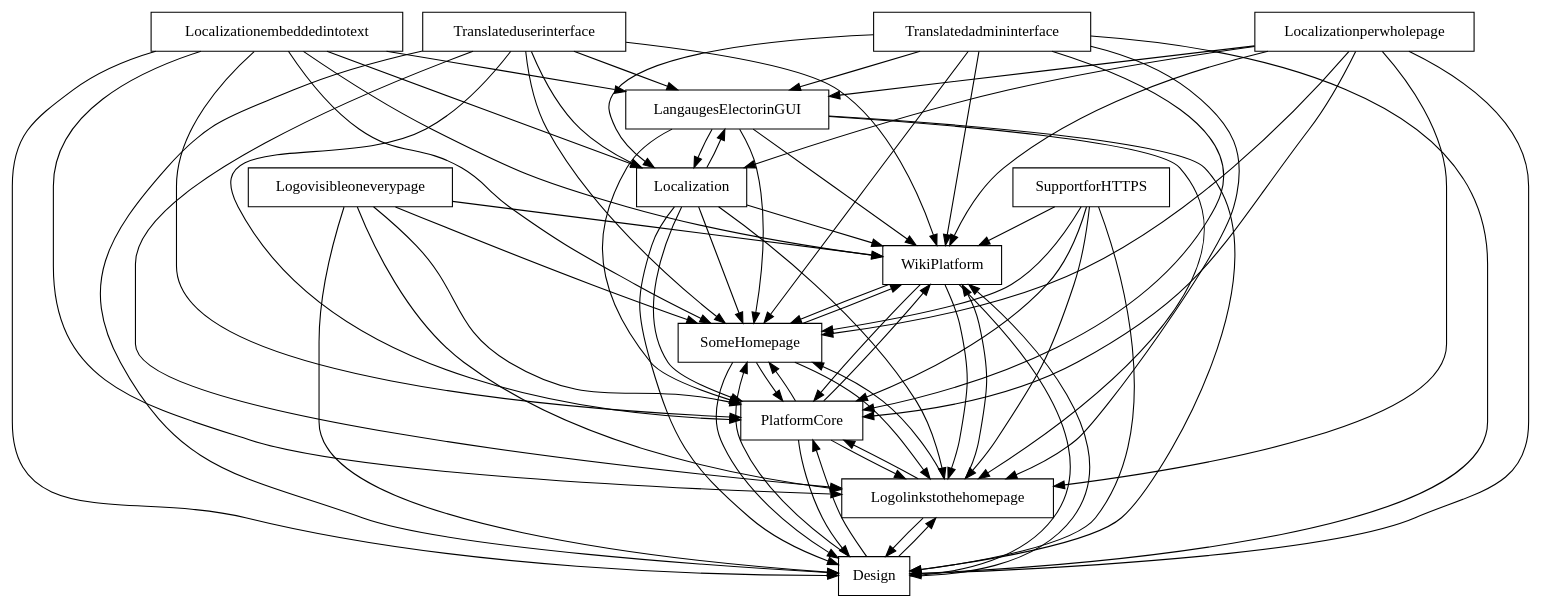
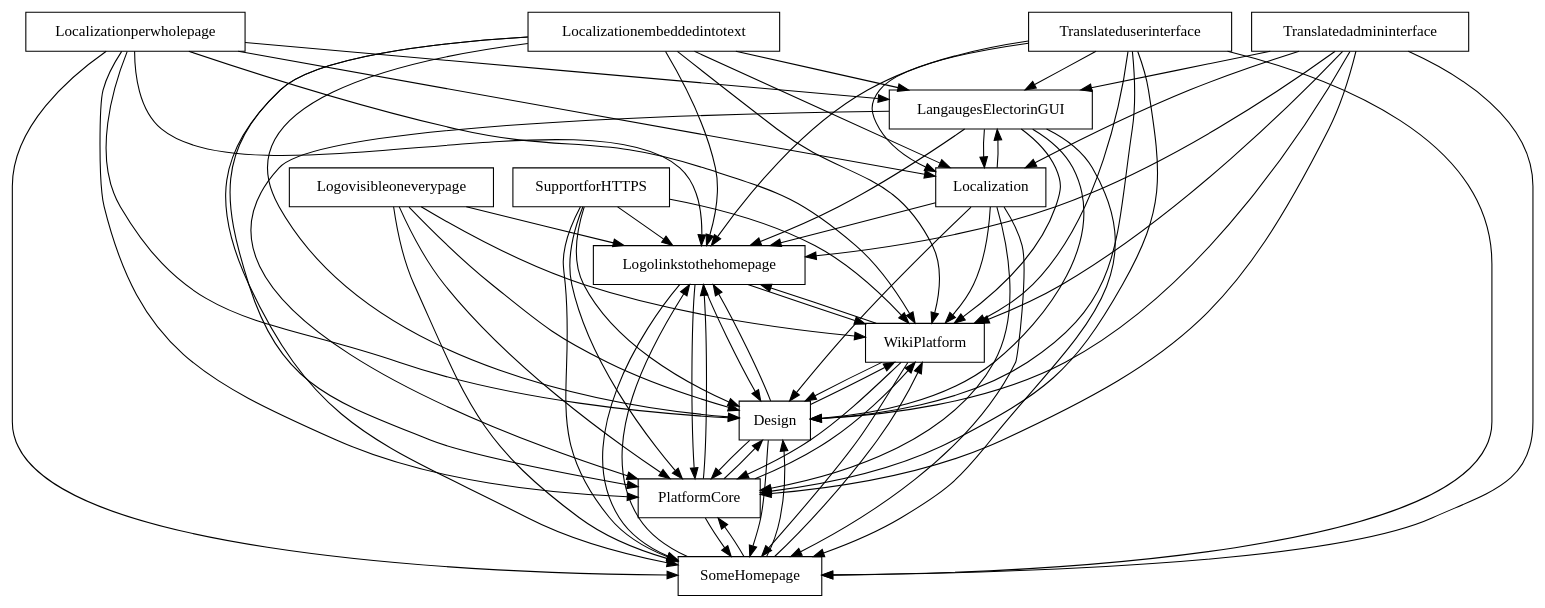
One commit to FAMILIAR-project/familiar-language changed the diagram in FAMILIAR/output/SPLOT-big/fm_169_model_20120528_1294065815.xml.dot. Above: the diagram before and after it, drawn with Graphviz. The commit also changed 36 other files, not shown here.

```diff
--- a/FAMILIAR/output/SPLOT-big/fm_169_model_20120528_1294065815.xml.dot
+++ b/FAMILIAR/output/SPLOT-big/fm_169_model_20120528_1294065815.xml.dot
@@ -1,88 +1,88 @@
 digraph{
 graph [rankdir=TB];
 node [shape=box];
 edge [arrowhead=normal];
 0[label="Logovisibleoneverypage",]
 1[label="LangaugesElectorinGUI",]
-2[label="Translateduserinterface",]
-3[label="WikiPlatform",]
-4[label="Localization",]
-5[label="SomeHomepage",]
-6[label="Localizationembeddedintotext",]
-7[label="Design",]
-8[label="Localizationperwholepage",]
-9[label="Logolinkstothehomepage",]
-10[label="SupportforHTTPS",]
-11[label="PlatformCore",]
-12[label="Translatedadmininterface",]
-0->3[label="",]
+2[label="Localizationperwholepage",]
+3[label="Translateduserinterface",]
+4[label="SupportforHTTPS",]
+5[label="Logolinkstothehomepage",]
+6[label="WikiPlatform",]
+7[label="Localization",]
+8[label="SomeHomepage",]
+9[label="PlatformCore",]
+10[label="Translatedadmininterface",]
+11[label="Localizationembeddedintotext",]
+12[label="Design",]
 0->5[label="",]
-0->7[label="",]
+0->6[label="",]
+0->8[label="",]
 0->9[label="",]
-0->11[label="",]
-1->3[label="",]
-1->4[label="",]
+0->12[label="",]
 1->5[label="",]
+1->6[label="",]
 1->7[label="",]
+1->8[label="",]
 1->9[label="",]
-1->11[label="",]
+1->12[label="",]
 2->1[label="",]
-2->3[label="",]
-2->4[label="",]
 2->5[label="",]
+2->6[label="",]
 2->7[label="",]
+2->8[label="",]
 2->9[label="",]
-2->11[label="",]
+2->12[label="",]
+3->1[label="",]
 3->5[label="",]
+3->6[label="",]
 3->7[label="",]
+3->8[label="",]
 3->9[label="",]
-3->11[label="",]
-4->1[label="",]
-4->3[label="",]
+3->12[label="",]
 4->5[label="",]
-4->7[label="",]
+4->6[label="",]
+4->8[label="",]
 4->9[label="",]
-4->11[label="",]
-5->3[label="",]
-5->7[label="",]
+4->12[label="",]
+5->6[label="",]
+5->8[label="",]
 5->9[label="",]
-5->11[label="",]
-6->1[label="",]
-6->3[label="",]
-6->4[label="",]
+5->12[label="",]
 6->5[label="",]
-6->7[label="",]
+6->8[label="",]
 6->9[label="",]
-6->11[label="",]
-7->3[label="",]
+6->12[label="",]
+7->1[label="",]
 7->5[label="",]
+7->6[label="",]
+7->8[label="",]
 7->9[label="",]
-7->11[label="",]
-8->1[label="",]
-8->3[label="",]
-8->4[label="",]
+7->12[label="",]
 8->5[label="",]
-8->7[label="",]
+8->6[label="",]
 8->9[label="",]
-8->11[label="",]
-9->3[label="",]
+8->12[label="",]
 9->5[label="",]
-9->7[label="",]
-9->11[label="",]
-10->3[label="",]
+9->6[label="",]
+9->8[label="",]
+9->12[label="",]
+10->1[label="",]
 10->5[label="",]
+10->6[label="",]
 10->7[label="",]
+10->8[label="",]
 10->9[label="",]
-10->11[label="",]
-11->3[label="",]
+10->12[label="",]
+11->1[label="",]
 11->5[label="",]
+11->6[label="",]
 11->7[label="",]
+11->8[label="",]
 11->9[label="",]
-12->1[label="",]
-12->3[label="",]
-12->4[label="",]
+11->12[label="",]
 12->5[label="",]
-12->7[label="",]
+12->6[label="",]
+12->8[label="",]
 12->9[label="",]
-12->11[label="",]
 }
```
